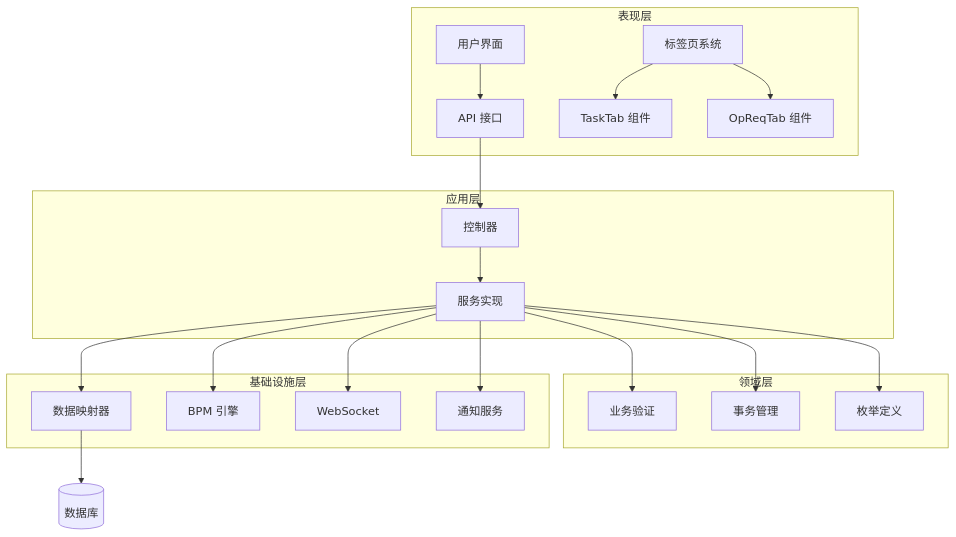
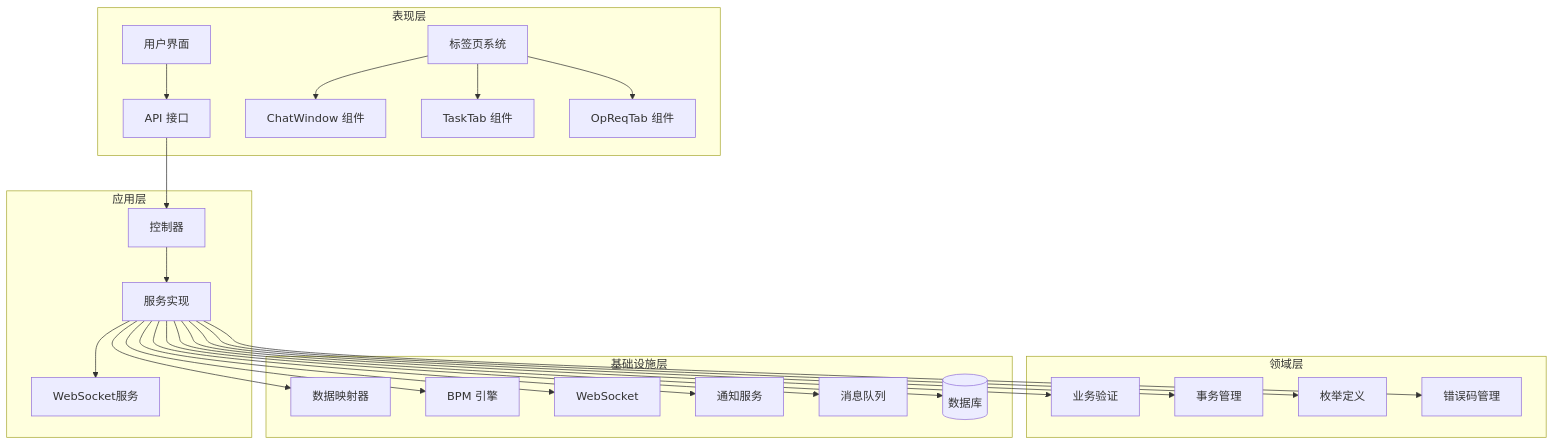
One commit to xiaoche80s-tech/rouyi-vue-pro changed the second of 16 diagrams in .qoder/repowiki/zh/content/核心模块/客户服务模块.md. Above: the diagram before and after it, drawn with Mermaid. The commit also changed other lines of this file and 598 other files, not shown here.

````diff
--- a/.qoder/repowiki/zh/content/核心模块/客户服务模块.md
+++ b/.qoder/repowiki/zh/content/核心模块/客户服务模块.md
@@ -126,38 +162,47 @@
 ```mermaid
 graph TD
 subgraph "表现层"
 UI[用户界面]
 API[API 接口]
 TAB_SYSTEM[标签页系统]
+CHAT_WINDOW[ChatWindow 组件]
 TASK_TAB[TaskTab 组件]
 OPREQ_TAB[OpReqTab 组件]
 end
 subgraph "应用层"
 CTRL[控制器]
 SVC[服务实现]
+WS_SERVICE[WebSocket服务]
 end
 subgraph "领域层"
 VALID[业务验证]
 TRANS[事务管理]
 ENUM[枚举定义]
+ERROR[错误码管理]
 end
 subgraph "基础设施层"
 MAPPER[数据映射器]
 BPM[BPM 引擎]
 WS[WebSocket]
 NOTIFY[通知服务]
+MQ[消息队列]
+DB[(数据库)]
 end
 UI --> API
+TAB_SYSTEM --> CHAT_WINDOW
 TAB_SYSTEM --> TASK_TAB
 TAB_SYSTEM --> OPREQ_TAB
 API --> CTRL
 CTRL --> SVC
 SVC --> VALID
 SVC --> TRANS
 SVC --> ENUM
+SVC --> ERROR
 SVC --> MAPPER
+SVC --> WS_SERVICE
 SVC --> BPM
 SVC --> WS
 SVC --> NOTIFY
-MAPPER --> DB[(数据库)]
+SVC --> MQ
+SVC --> DB
 ```
````
